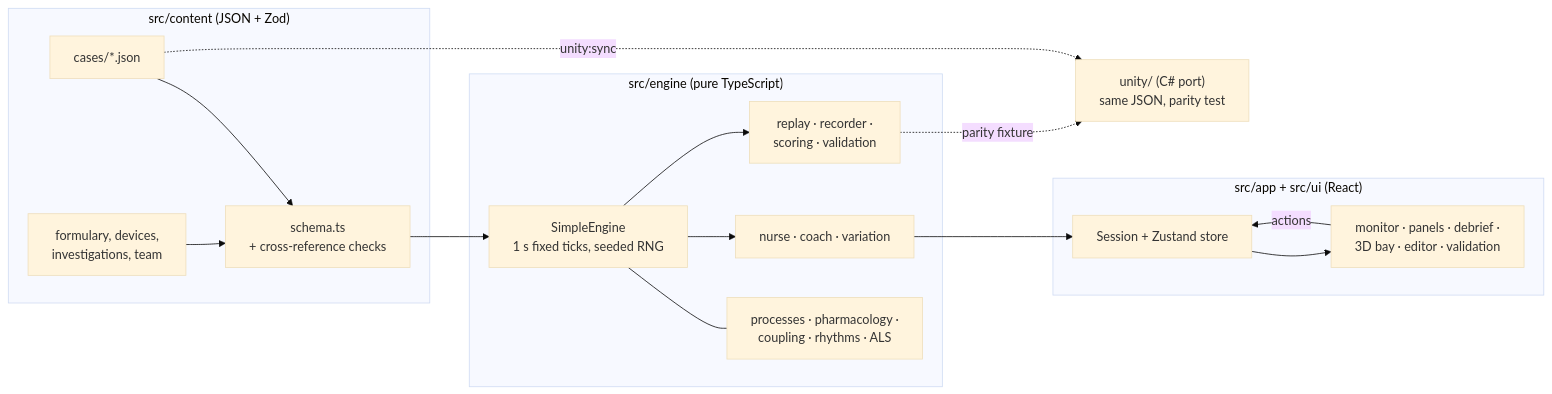
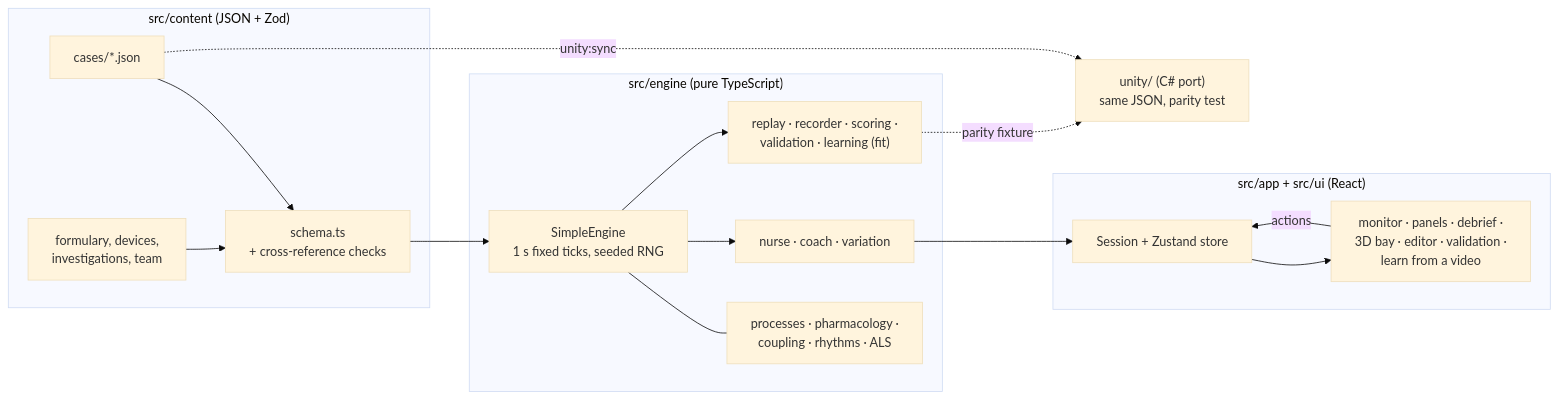
The diagram in README.md (yuvism/bedside-sim), drawn with Mermaid (base theme) before and after one commit. The commit also changed other lines of this file and 38 other files, not shown here.

First line of the commit message:
feat(learn): learn from a video, AMAX4-derived case and a friendlier landing page

````diff
--- a/README.md
+++ b/README.md
@@ -66,31 +68,31 @@
 ```mermaid
 flowchart LR
   subgraph content["src/content (JSON + Zod)"]
     cases["cases/*.json"]
     lib["formulary, devices,<br/>investigations, team"]
     schema["schema.ts<br/>+ cross-reference checks"]
   end
   subgraph engine["src/engine (pure TypeScript)"]
     simple["SimpleEngine<br/>1 s fixed ticks, seeded RNG"]
     model["processes · pharmacology ·<br/>coupling · rhythms · ALS"]
     team["nurse · coach · variation"]
-    replay["replay · recorder ·<br/>scoring · validation"]
+    replay["replay · recorder · scoring ·<br/>validation · learning (fit)"]
   end
   subgraph app["src/app + src/ui (React)"]
     session["Session + Zustand store"]
-    ui["monitor · panels · debrief ·<br/>3D bay · editor · validation"]
+    ui["monitor · panels · debrief ·<br/>3D bay · editor · validation ·<br/>learn from a video"]
   end
   unity["unity/ (C# port)<br/>same JSON, parity test"]
 
   cases --> schema
   lib --> schema
   schema --> simple
   simple --- model
   simple --> team
   simple --> replay
   team --> session
   session --> ui
   ui -- actions --> session
   replay -. parity fixture .-> unity
   cases -. unity:sync .-> unity
 ```
````
